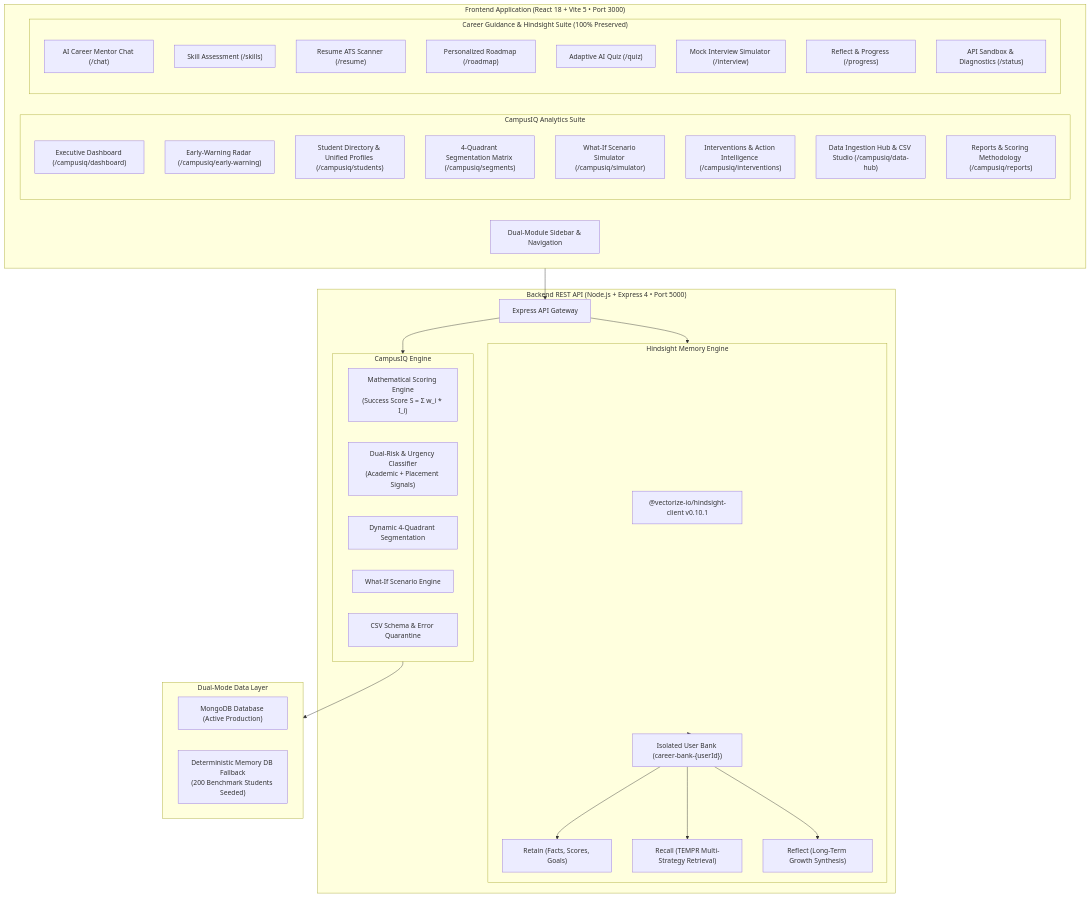
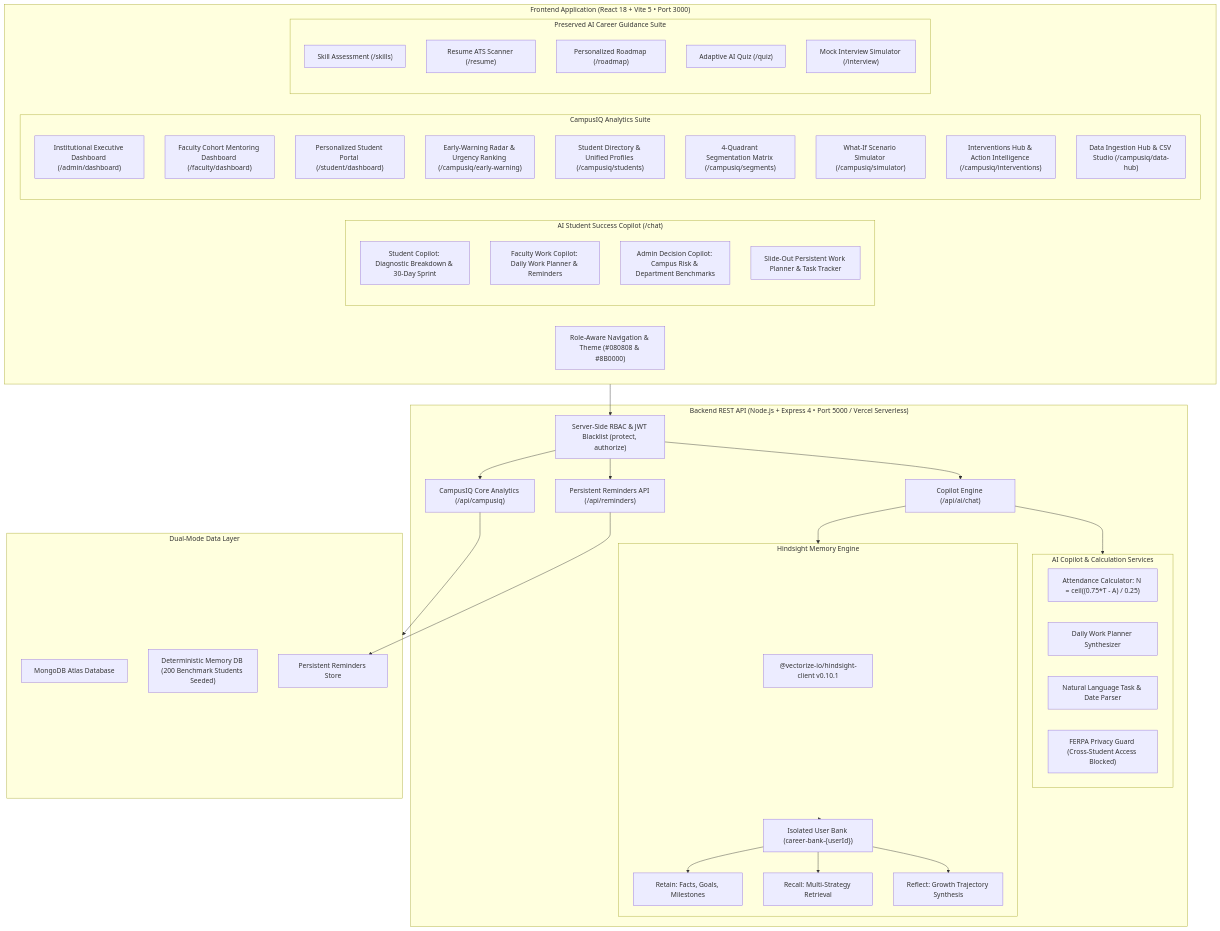
The diagram in README.md (gayathripusapati74-eng/-Career-Guidance-AI-hindsight), drawn with Mermaid before and after one commit. The commit also changed other lines of this file and 4 other files, not shown here.

Commit message:
docs & deploy: add Vercel deployment configuration, serverless API adapter, root package.json, and comprehensive README documentation

````diff
--- a/README.md
+++ b/README.md
@@ -47,62 +66,74 @@
 ```mermaid
 flowchart TD
     subgraph Client["Frontend Application (React 18 + Vite 5 • Port 3000)"]
-        Nav["Dual-Module Sidebar & Navigation"]
+        Nav["Role-Aware Navigation & Theme (#080808 & #8B0000)"]
         
+        subgraph Copilot_UI["AI Student Success Copilot (/chat)"]
+            StudentCopilotUI["Student Copilot: Diagnostic Breakdown & 30-Day Sprint"]
+            FacultyCopilotUI["Faculty Work Copilot: Daily Work Planner & Reminders"]
+            AdminCopilotUI["Admin Decision Copilot: Campus Risk & Department Benchmarks"]
+            PlannerDrawer["Slide-Out Persistent Work Planner & Task Tracker"]
+        end
+
         subgraph CampusIQ_UI["CampusIQ Analytics Suite"]
-            OverviewUI["Executive Dashboard (/campusiq/dashboard)"]
-            RadarUI["Early-Warning Radar (/campusiq/early-warning)"]
+            AdminDash["Institutional Executive Dashboard (/admin/dashboard)"]
+            FacultyDash["Faculty Cohort Mentoring Dashboard (/faculty/dashboard)"]
+            StudentDash["Personalized Student Portal (/student/dashboard)"]
+            RadarUI["Early-Warning Radar & Urgency Ranking (/campusiq/early-warning)"]
             DirUI["Student Directory & Unified Profiles (/campusiq/students)"]
             MatrixUI["4-Quadrant Segmentation Matrix (/campusiq/segments)"]
             SimUI["What-If Scenario Simulator (/campusiq/simulator)"]
-            ActionUI["Interventions & Action Intelligence (/campusiq/interventions)"]
+            ActionUI["Interventions Hub & Action Intelligence (/campusiq/interventions)"]
             DataUI["Data Ingestion Hub & CSV Studio (/campusiq/data-hub)"]
-            ReportUI["Reports & Scoring Methodology (/campusiq/reports)"]
         end
 
-        subgraph Career_UI["Career Guidance & Hindsight Suite (100% Preserved)"]
-            ChatUI["AI Career Mentor Chat (/chat)"]
+        subgraph Career_UI["Preserved AI Career Guidance Suite"]
             SkillUI["Skill Assessment (/skills)"]
             ResumeUI["Resume ATS Scanner (/resume)"]
             RoadmapUI["Personalized Roadmap (/roadmap)"]
             QuizUI["Adaptive AI Quiz (/quiz)"]
             InterviewUI["Mock Interview Simulator (/interview)"]
-            ProgressUI["Reflect & Progress (/progress)"]
-            StatusUI["API Sandbox & Diagnostics (/status)"]
         end
     end
 
-    subgraph Server["Backend REST API (Node.js + Express 4 • Port 5000)"]
-        APIRouter["Express API Gateway"]
+    subgraph Server["Backend REST API (Node.js + Express 4 • Port 5000 / Vercel Serverless)"]
+        AuthMiddleware["Server-Side RBAC & JWT Blacklist (protect, authorize)"]
+        CopilotRouter["Copilot Engine (/api/ai/chat)"]
+        ReminderRouter["Persistent Reminders API (/api/reminders)"]
+        AnalyticsRouter["CampusIQ Core Analytics (/api/campusiq)"]
         
-        subgraph CampusIQ_Core["CampusIQ Engine"]
-            ScoringEngine["Mathematical Scoring Engine\n(Success Score S = Σ w_i * I_i)"]
-            RiskEngine["Dual-Risk & Urgency Classifier\n(Academic + Placement Signals)"]
-            SegmentEngine["Dynamic 4-Quadrant Segmentation"]
-            SimEngine["What-If Scenario Engine"]
-            DataValidation["CSV Schema & Error Quarantine"]
+        subgraph Copilot_Core["AI Copilot & Calculation Services"]
+            AttendanceMath["Attendance Calculator: N = ceil((0.75*T - A) / 0.25)"]
+            WorkPlannerEngine["Daily Work Planner Synthesizer"]
+            NaturalReminderParser["Natural Language Task & Date Parser"]
+            PrivacyGuard["FERPA Privacy Guard (Cross-Student Access Blocked)"]
         end
 
         subgraph Hindsight_Core["Hindsight Memory Engine"]
             HindsightSDK["@vectorize-io/hindsight-client v0.10.1"]
             Bank["Isolated User Bank (career-bank-{userId})"]
-            Retain["Retain (Facts, Scores, Goals)"]
-            Recall["Recall (TEMPR Multi-Strategy Retrieval)"]
-            Reflect["Reflect (Long-Term Growth Synthesis)"]
+            RetainOp["Retain: Facts, Goals, Milestones"]
+            RecallOp["Recall: Multi-Strategy Retrieval"]
+            ReflectOp["Reflect: Growth Trajectory Synthesis"]
         end
     end
 
     subgraph Storage["Dual-Mode Data Layer"]
-        MongoDB["MongoDB Database (Active Production)"]
-        MemoryStore["Deterministic Memory DB Fallback\n(200 Benchmark Students Seeded)"]
+        MongoDB["MongoDB Atlas Database"]
+        MemoryStore["Deterministic Memory DB (200 Benchmark Students Seeded)"]
+        ReminderStore["Persistent Reminders Store"]
     end
 
-    Client --> APIRouter
-    APIRouter --> CampusIQ_Core
-    APIRouter --> Hindsight_Core
-    CampusIQ_Core --> Storage
+    Client --> AuthMiddleware
+    AuthMiddleware --> CopilotRouter
+    AuthMiddleware --> ReminderRouter
+    AuthMiddleware --> AnalyticsRouter
+    CopilotRouter --> Copilot_Core
+    CopilotRouter --> Hindsight_Core
     Hindsight_Core --> Bank
-    Bank --> Retain
-    Bank --> Recall
-    Bank --> Reflect
+    Bank --> RetainOp
+    Bank --> RecallOp
+    Bank --> ReflectOp
+    AnalyticsRouter --> Storage
+    ReminderRouter --> ReminderStore
 ```
````
